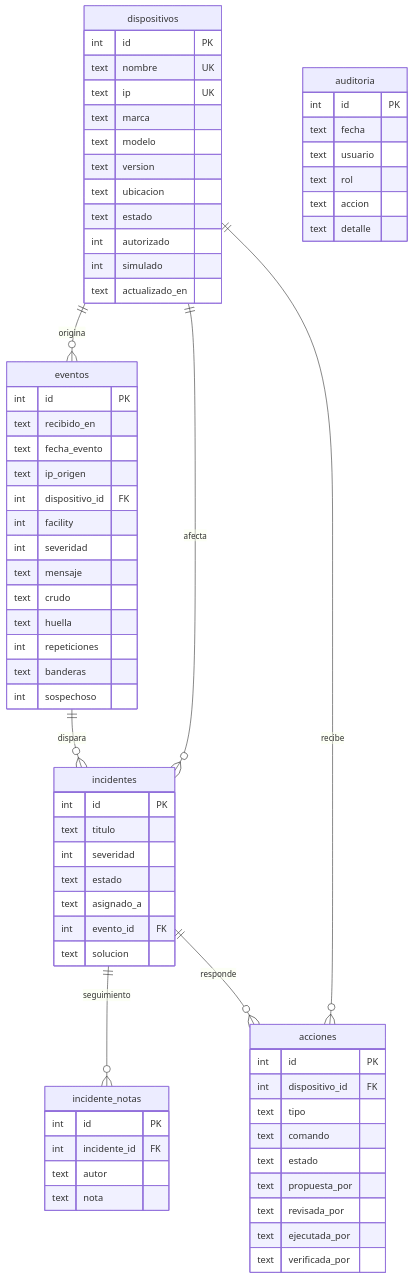
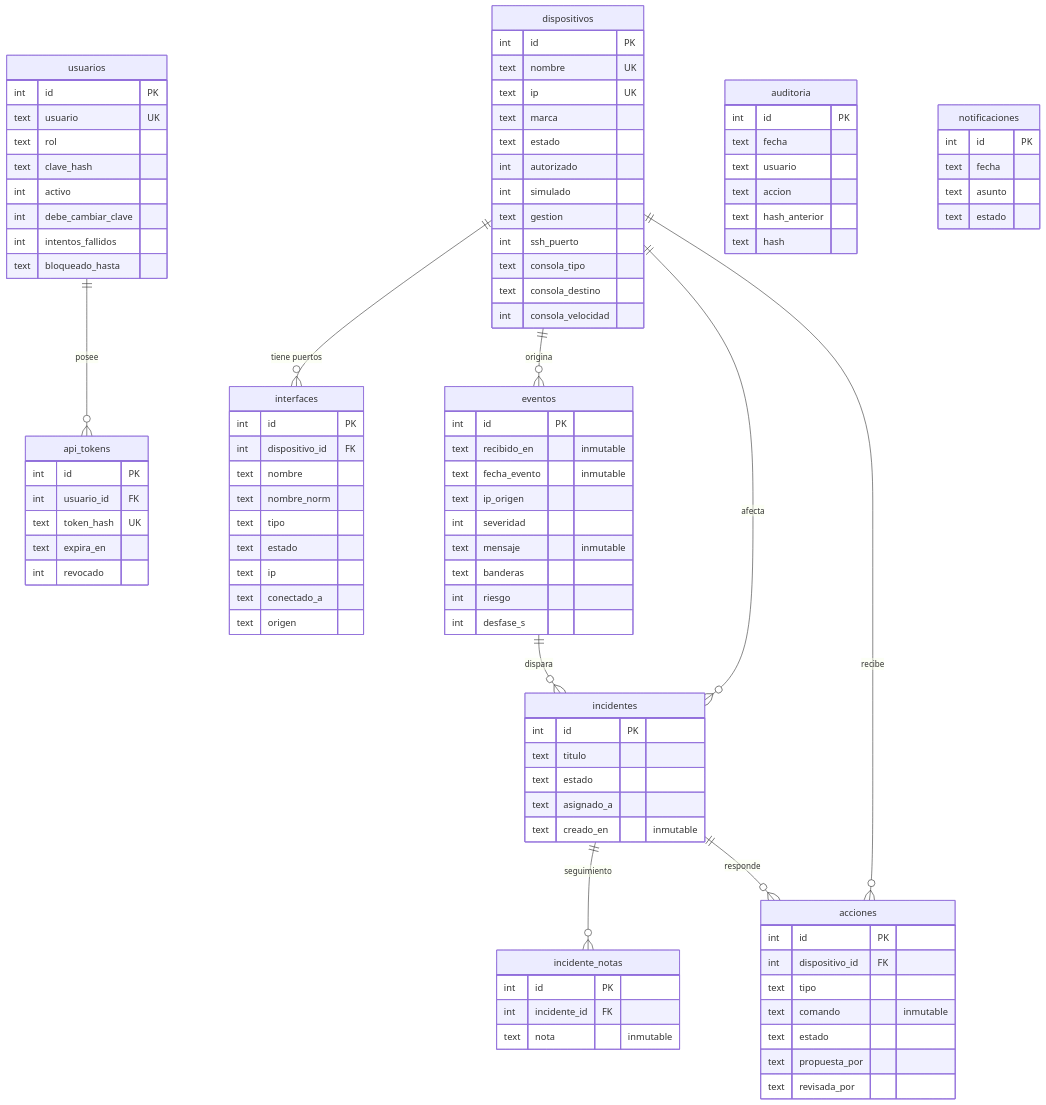
The third of 3 diagrams in docs/arquitectura.md (crisrodver8-ui/NOC-SYSLOG-Inteligente2), drawn with Mermaid before and after one commit. The commit also changed other lines of this file and 13 other files, not shown here.

````diff
--- a/docs/arquitectura.md
+++ b/docs/arquitectura.md
@@ -45,71 +63,99 @@
 ```mermaid
 erDiagram
+    usuarios ||--o{ api_tokens : "posee"
+    dispositivos ||--o{ interfaces : "tiene puertos"
     dispositivos ||--o{ eventos : "origina"
     dispositivos ||--o{ incidentes : "afecta"
     dispositivos ||--o{ acciones : "recibe"
     eventos ||--o{ incidentes : "dispara"
     incidentes ||--o{ incidente_notas : "seguimiento"
     incidentes ||--o{ acciones : "responde"
+    usuarios {
+        int id PK
+        text usuario UK
+        text rol
+        text clave_hash
+        int activo
+        int debe_cambiar_clave
+        int intentos_fallidos
+        text bloqueado_hasta
+    }
+    api_tokens {
+        int id PK
+        int usuario_id FK
+        text token_hash UK
+        text expira_en
+        int revocado
+    }
     dispositivos {
         int id PK
         text nombre UK
         text ip UK
         text marca
-        text modelo
-        text version
-        text ubicacion
         text estado
         int autorizado
         int simulado
-        text actualizado_en
+        text gestion
+        int ssh_puerto
+        text consola_tipo
+        text consola_destino
+        int consola_velocidad
+    }
+    interfaces {
+        int id PK
+        int dispositivo_id FK
+        text nombre
+        text nombre_norm
+        text tipo
+        text estado
+        text ip
+        text conectado_a
+        text origen
     }
     eventos {
         int id PK
-        text recibido_en
-        text fecha_evento
+        text recibido_en "inmutable"
+        text fecha_evento "inmutable"
         text ip_origen
-        int dispositivo_id FK
-        int facility
         int severidad
-        text mensaje
-        text crudo
-        text huella
-        int repeticiones
+        text mensaje "inmutable"
         text banderas
-        int sospechoso
+        int riesgo
+        int desfase_s
     }
     incidentes {
         int id PK
         text titulo
-        int severidad
         text estado
         text asignado_a
-        int evento_id FK
-        text solucion
+        text creado_en "inmutable"
     }
     incidente_notas {
         int id PK
         int incidente_id FK
-        text autor
-        text nota
+        text nota "inmutable"
     }
     acciones {
         int id PK
         int dispositivo_id FK
         text tipo
-        text comando
+        text comando "inmutable"
         text estado
         text propuesta_por
         text revisada_por
-        text ejecutada_por
-        text verificada_por
     }
     auditoria {
         int id PK
         text fecha
         text usuario
-        text rol
         text accion
-        text detalle
+        text hash_anterior
+        text hash
+    }
+    notificaciones {
+        int id PK
+        text fecha
+        text asunto
+        text estado
     }
 ```
````
